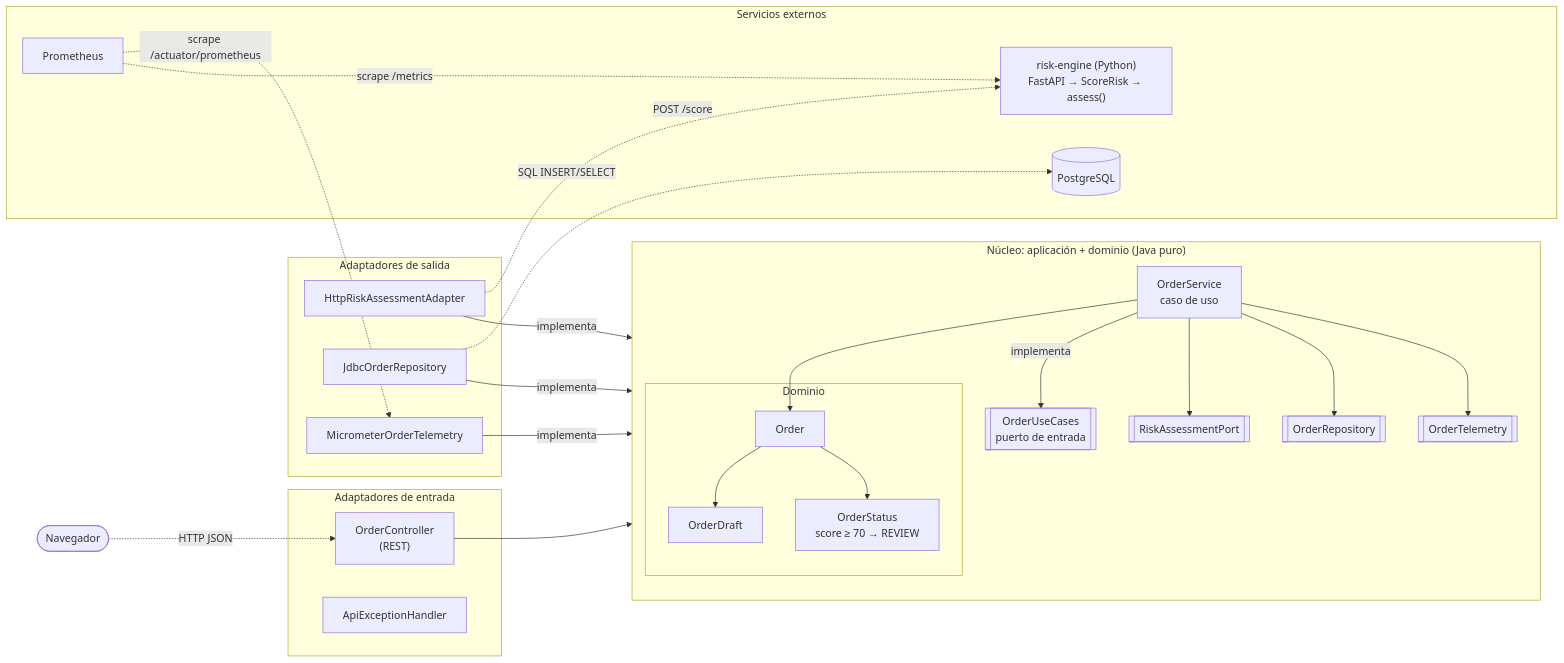
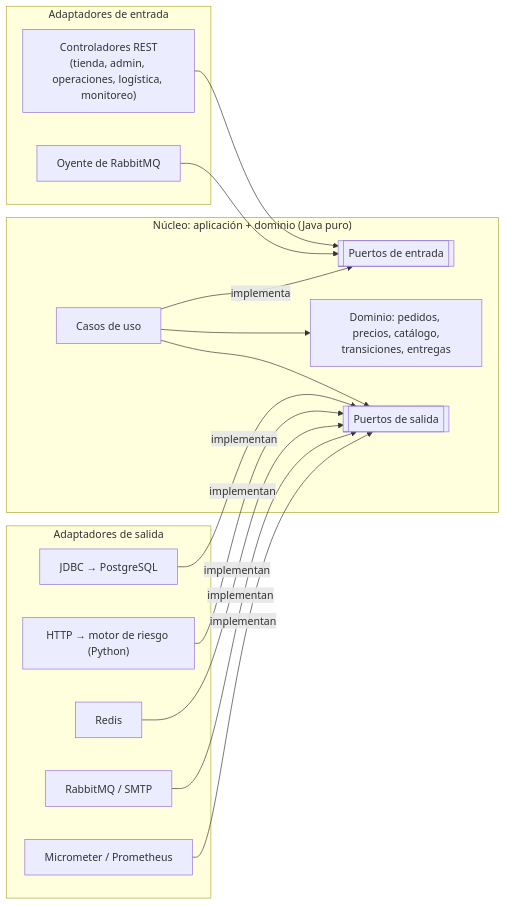
The diagram in README.md (rgabrielmatosm/Hexaorders---Arquitectura-Hexagonal-Proyecto-AED-II-), drawn with Mermaid before and after one commit. The commit also changed other lines of this file and 488 other files, not shown here.

````diff
--- a/README.md
+++ b/README.md
@@ -425,46 +104,26 @@
 ```mermaid
 flowchart LR
-    Browser(["Navegador"])
     subgraph IN["Adaptadores de entrada"]
-        Controller["OrderController<br/>(REST)"]
-        Handler["ApiExceptionHandler"]
+        Web["Controladores REST<br/>(tienda, admin, operaciones, logística, monitoreo)"]
+        Listener["Oyente de RabbitMQ"]
     end
     subgraph CORE["Núcleo: aplicación + dominio (Java puro)"]
-        direction TB
-        UseCases[["OrderUseCases<br/>puerto de entrada"]]
-        Service["OrderService<br/>caso de uso"]
-        subgraph DOMAIN["Dominio"]
-            Draft["OrderDraft"]
-            Order["Order"]
-            Status["OrderStatus<br/>score ≥ 70 → REVIEW"]
-        end
-        RiskPort[["RiskAssessmentPort"]]
-        RepoPort[["OrderRepository"]]
-        TelPort[["OrderTelemetry"]]
+        PortsIn[["Puertos de entrada"]]
+        Services["Casos de uso"]
+        Domain["Dominio: pedidos, precios, catálogo,<br/>transiciones, entregas"]
+        PortsOut[["Puertos de salida"]]
     end
     subgraph OUT["Adaptadores de salida"]
-        HttpRisk["HttpRiskAssessmentAdapter"]
-        Jdbc["JdbcOrderRepository"]
-        Micrometer["MicrometerOrderTelemetry"]
+        Jdbc["JDBC → PostgreSQL"]
+        Http["HTTP → motor de riesgo (Python)"]
+        Cache["Redis"]
+        Mq["RabbitMQ / SMTP"]
+        Tel["Micrometer / Prometheus"]
     end
-    subgraph EXT["Servicios externos"]
-        Risk["risk-engine (Python)<br/>FastAPI → ScoreRisk → assess()"]
-        PG[("PostgreSQL")]
-        Prom["Prometheus"]
-    end
-
-    Controller --> UseCases
-    Service -- implementa --> UseCases
-    Service --> RiskPort & RepoPort & TelPort
-    Service --> Order
-    Order --> Status & Draft
-    HttpRisk -- implementa --> RiskPort
-    Jdbc -- implementa --> RepoPort
-    Micrometer -- implementa --> TelPort
-
-    Browser -. "HTTP JSON" .-> Controller
-    HttpRisk -. "POST /score" .-> Risk
-    Jdbc -. "SQL INSERT/SELECT" .-> PG
-    Prom -. "scrape /actuator/prometheus" .-> Micrometer
-    Prom -. "scrape /metrics" .-> Risk
+    Web --> PortsIn
+    Listener --> PortsIn
+    Services -- implementa --> PortsIn
+    Services --> Domain
+    Services --> PortsOut
+    Jdbc & Http & Cache & Mq & Tel -- implementan --> PortsOut
 ```
````
